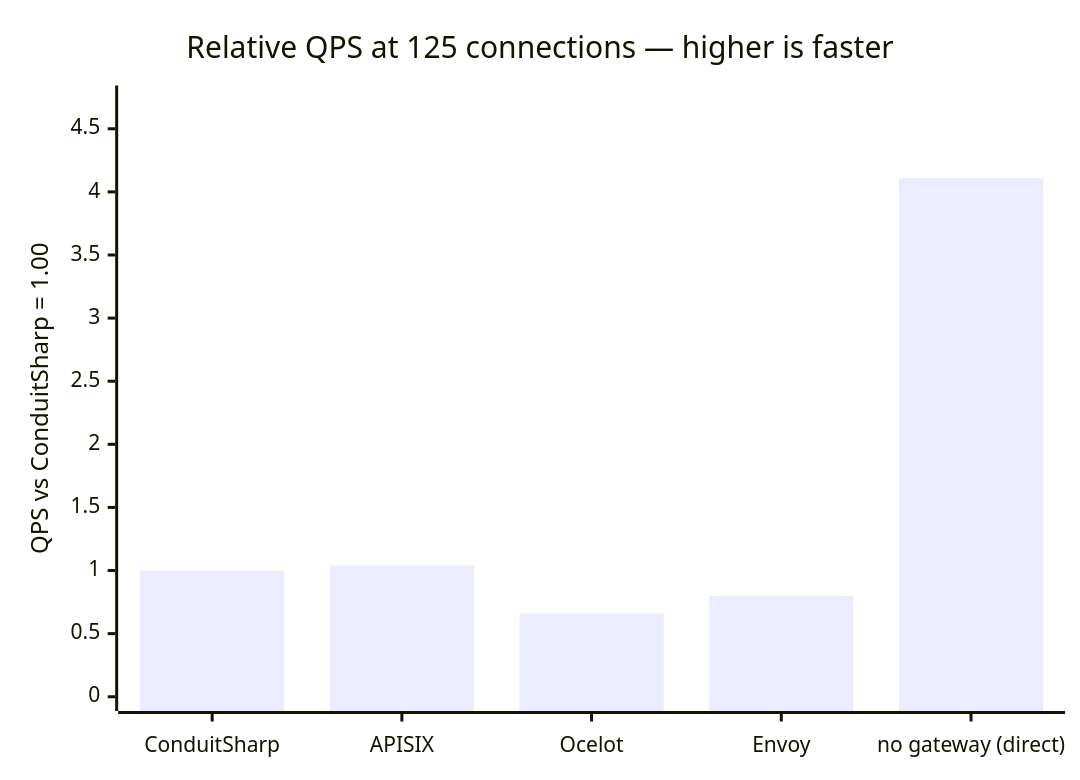
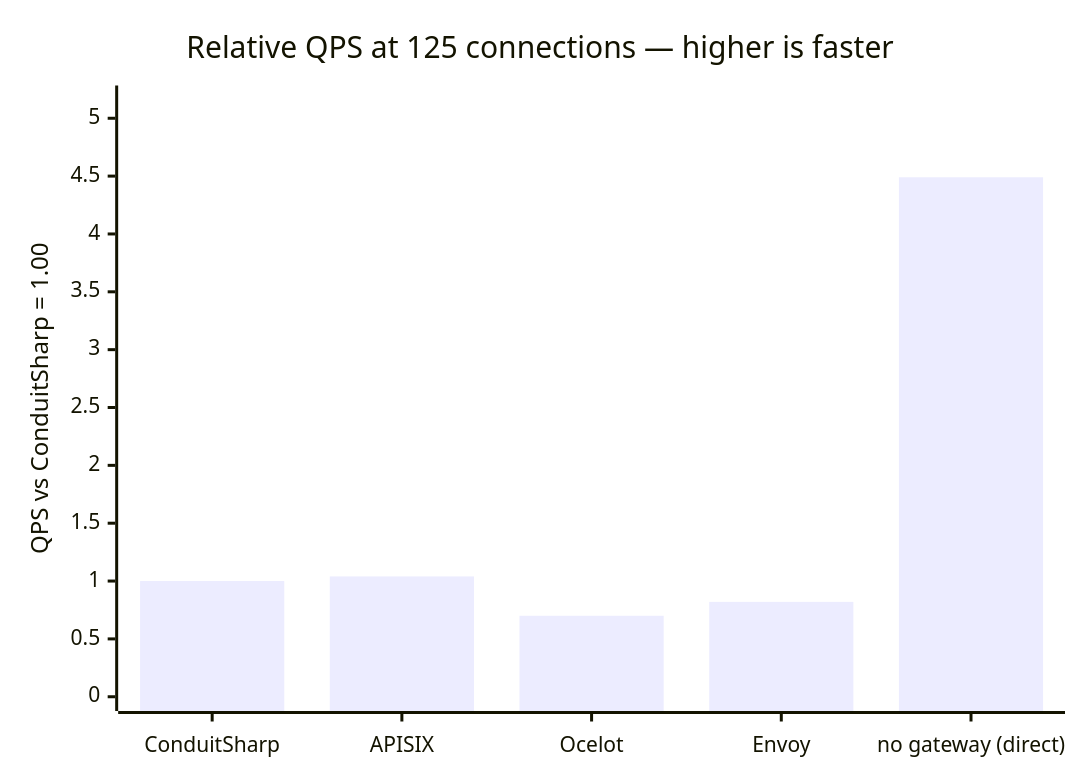
The second of 9 diagrams in README.md (liqngliz/ConduitSharp), drawn with Mermaid before and after one commit. The commit also changed other lines of this file and 1 other file, not shown here.

````diff
--- a/README.md
+++ b/README.md
@@ -385,7 +385,7 @@
 ```mermaid
 xychart-beta
     title "Relative QPS at 125 connections — higher is faster"
     x-axis ["ConduitSharp", "APISIX", "Ocelot", "Envoy", "no gateway (direct)"]
-    y-axis "QPS vs ConduitSharp = 1.00" 0 --> 4.73
-    bar [1.00, 1.04, 0.66, 0.80, 4.11]
+    y-axis "QPS vs ConduitSharp = 1.00" 0 --> 5.16
+    bar [1.00, 1.04, 0.70, 0.82, 4.49]
 ```
````
